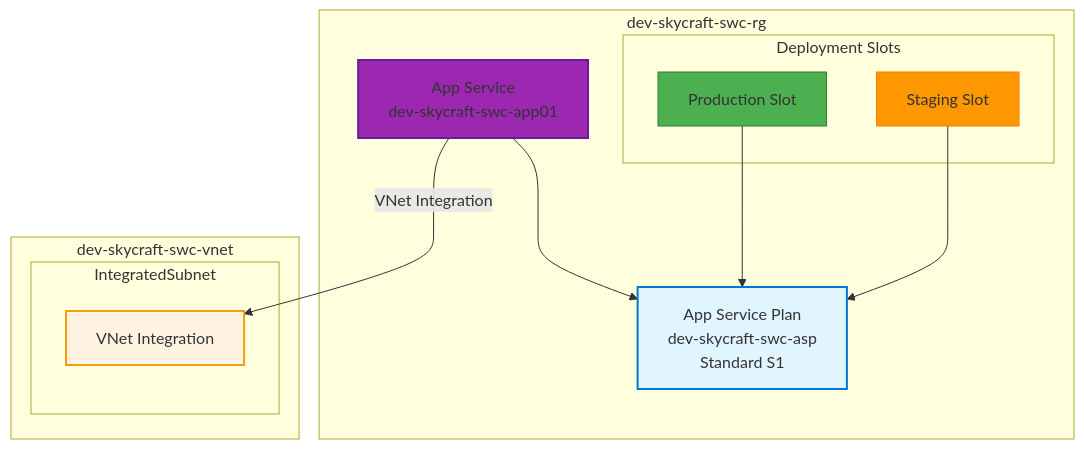
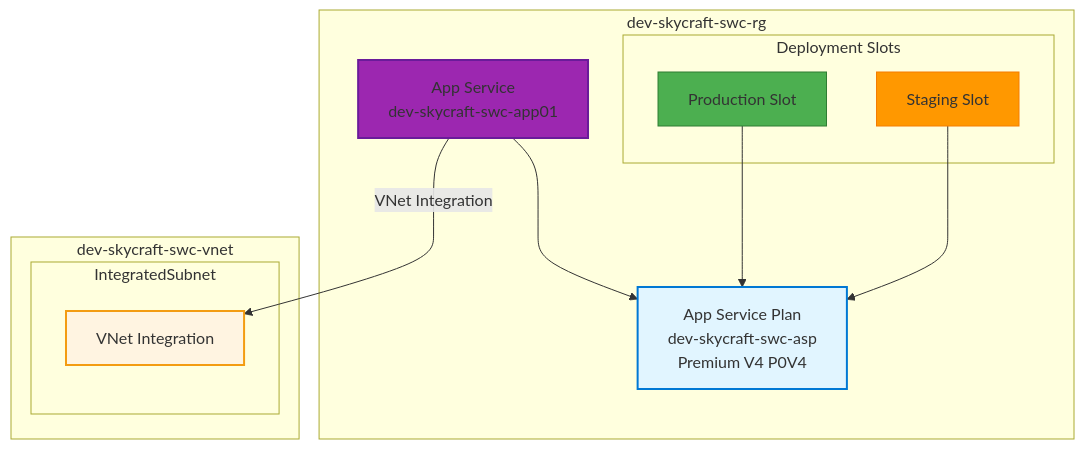
Before and after one commit to mbiszczanik/skycraft: the diagram in module-3-compute/3.4-app-service/lab-guide-3.4.md, drawn with Mermaid. The commit also changed other lines of this file and 9 other files, not shown here.

Commit message:
feat: Implement App Service Lab (3.4) with Bicep, PowerShell scripts for lab development and compliance.

````diff
--- a/module-3-compute/3.4-app-service/lab-guide-3.4.md
+++ b/module-3-compute/3.4-app-service/lab-guide-3.4.md
@@ -21,31 +21,31 @@
 ```mermaid
 graph TB
     subgraph "dev-skycraft-swc-rg"
-        ASP[App Service Plan<br/>dev-skycraft-swc-asp<br/>Standard S1]
+        ASP[App Service Plan<br/>dev-skycraft-swc-asp<br/>Premium V4 P0V4]
 
         WebApp[App Service<br/>dev-skycraft-swc-app01]
 
         subgraph "Deployment Slots"
             Prod[Production Slot]
             Staging[Staging Slot]
         end
 
         WebApp --> ASP
         Prod --> ASP
         Staging --> ASP
     end
 
     subgraph "dev-skycraft-swc-vnet"
         subgraph "IntegratedSubnet"
             VNetInt[VNet Integration]
         end
     end
 
     WebApp -->|VNet Integration| VNetInt
 
     style ASP fill:#e1f5ff,stroke:#0078d4,stroke-width:2px
     style WebApp fill:#9C27B0,stroke:#6A1B9A,stroke-width:2px
     style Prod fill:#4CAF50,stroke:#2E7D32,stroke-width:1px
     style Staging fill:#FF9800,stroke:#F57C00,stroke-width:1px
     style VNetInt fill:#fff4e1,stroke:#f39c12,stroke-width:2px
 ```
````
